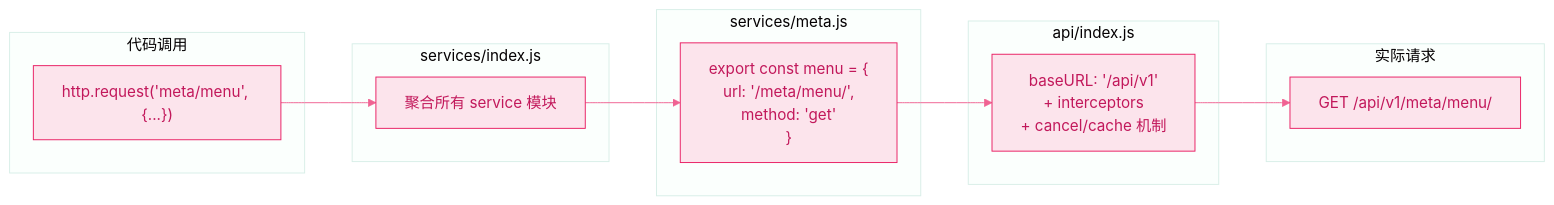
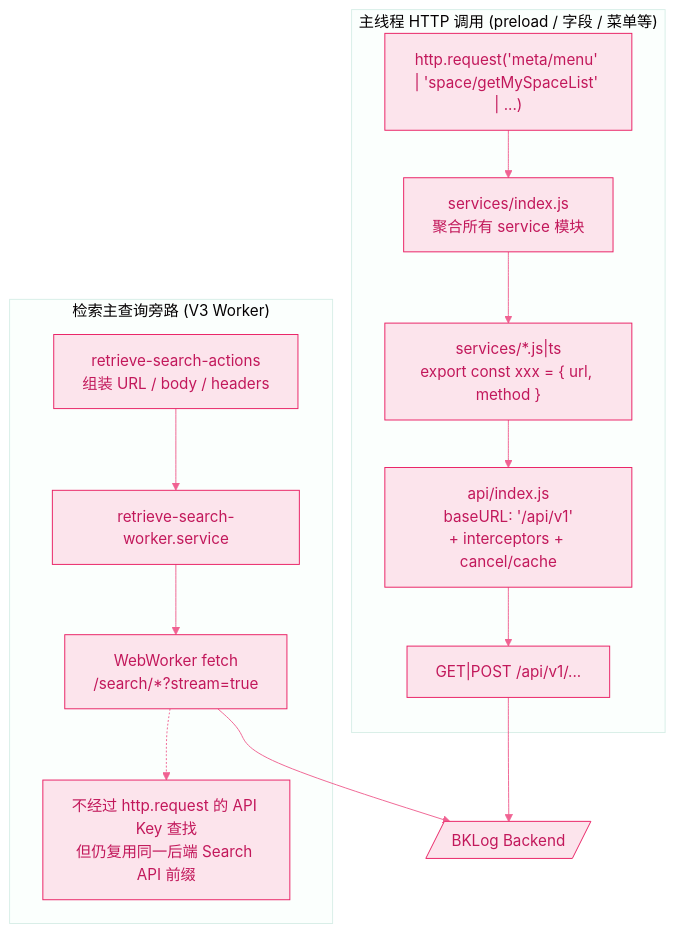
One commit to TencentBlueKing/bk-monitor changed the diagram in bklog/web/.docs/diagrams/J-API-Key映射查找流程.mmd. Above: the diagram before and after it, drawn with Mermaid. The commit also changed 11 other files, not shown here.

Commit message:
feat: update diagrams

```diff
--- a/bklog/web/.docs/diagrams/J-API-Key映射查找流程.mmd
+++ b/bklog/web/.docs/diagrams/J-API-Key映射查找流程.mmd
@@ -1,26 +1,22 @@
 %%{init: {'theme': 'base', 'themeVariables': { 'primaryColor': '#fce4ec', 'primaryTextColor': '#c2185b', 'primaryBorderColor': '#e91e63', 'lineColor': '#f06292'}}}%%
-flowchart LR
-    subgraph "代码调用"
-        CALL["http.request('meta/menu', {...})"]
+flowchart TB
+    subgraph "主线程 HTTP 调用 (preload / 字段 / 菜单等)"
+        CALL["http.request('meta/menu' | 'space/getMySpaceList' | ...)"]
+        SERVICES["services/index.js<br/>聚合所有 service 模块"]
+        META["services/*.js|ts<br/>export const xxx = { url, method }"]
+        API["api/index.js<br/>baseURL: '/api/v1'<br/>+ interceptors + cancel/cache"]
+        REQ["GET|POST /api/v1/..."]
+        CALL --> SERVICES --> META --> API --> REQ
     end
 
-    subgraph "services/index.js"
-        SERVICES["聚合所有 service 模块"]
+    subgraph "检索主查询旁路 (V3 Worker)"
+        ACTION["retrieve-search-actions<br/>组装 URL / body / headers"]
+        WS["retrieve-search-worker.service"]
+        WW["WebWorker fetch<br/>/search/*?stream=true"]
+        NOTE["不经过 http.request 的 API Key 查找<br/>但仍复用同一后端 Search API 前缀"]
+        ACTION --> WS --> WW
+        WW -.-> NOTE
     end
 
-    subgraph "services/meta.js"
-        META["export const menu = {<br/>  url: '/meta/menu/',<br/>  method: 'get'<br/>}"]
-    end
-
-    subgraph "api/index.js"
-        API["baseURL: '/api/v1'<br/>+ interceptors<br/>+ cancel/cache 机制"]
-    end
-
-    subgraph "实际请求"
-        REQ["GET /api/v1/meta/menu/"]
-    end
-
-    CALL --> SERVICES
-    SERVICES --> META
-    META --> API
-    API --> REQ
+    REQ --> BACKEND[/BKLog Backend/]
+    WW --> BACKEND
```
